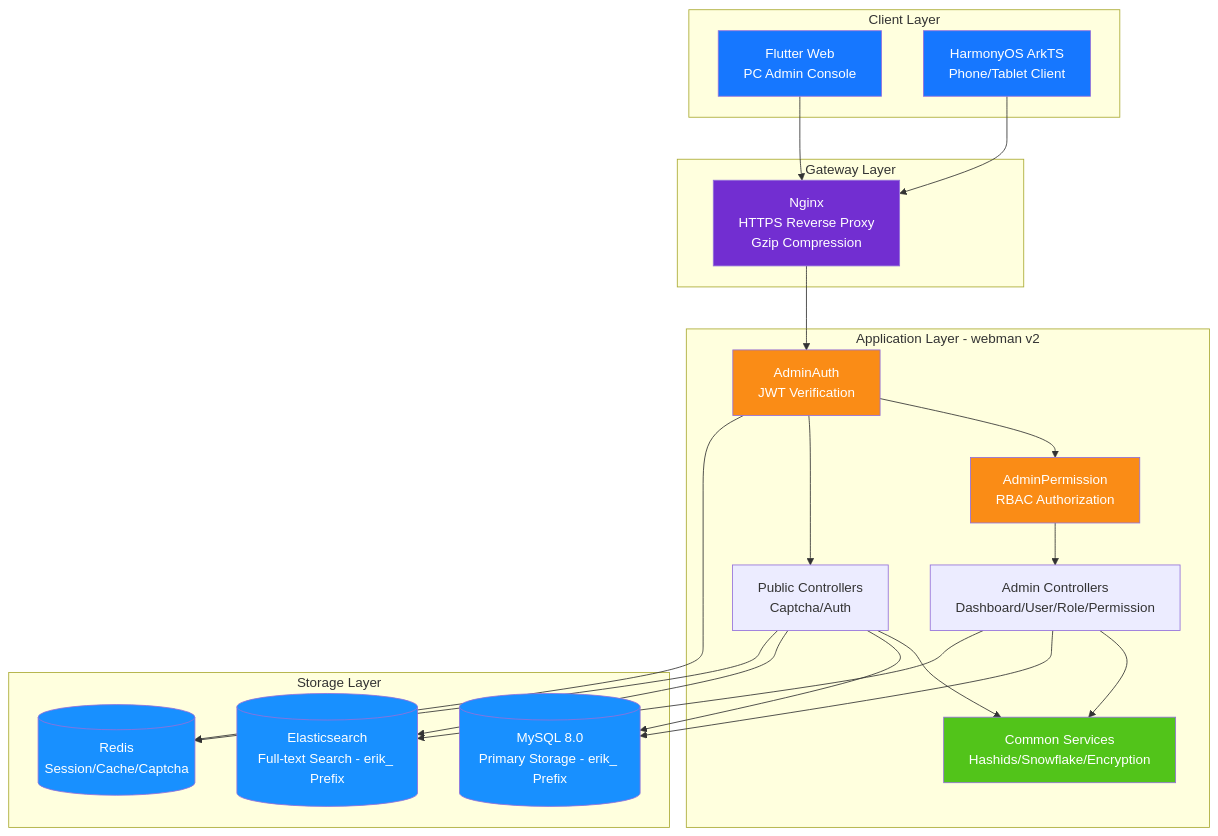
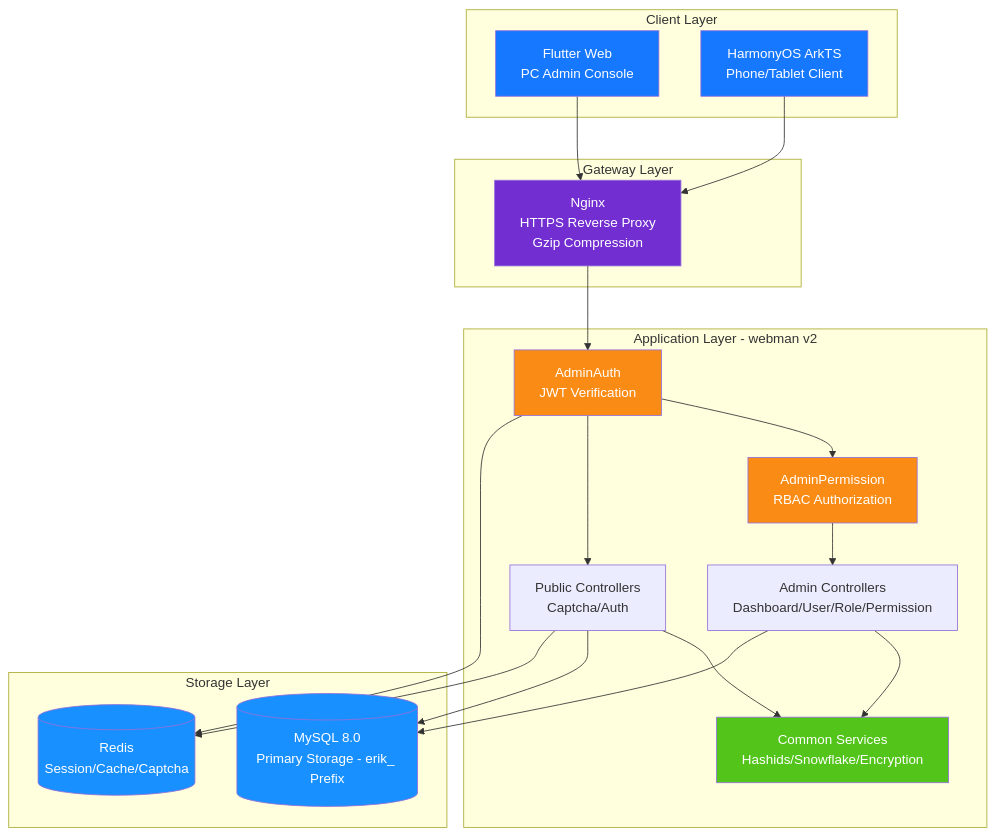
The diagram in docs/diagrams/01-system-architecture.en.md (erikwang2013/open-admin), drawn with Mermaid before and after one commit. The commit also changed other lines of this file and 465 other files, not shown here.

````diff
--- a/docs/diagrams/01-system-architecture.en.md
+++ b/docs/diagrams/01-system-architecture.en.md
@@ -7,50 +7,46 @@
 ```mermaid
 flowchart TB
     subgraph clients["Client Layer"]
         flutter["Flutter Web<br/>PC Admin Console"]
         harmony["HarmonyOS ArkTS<br/>Phone/Tablet Client"]
     end
 
     subgraph gateway["Gateway Layer"]
         nginx["Nginx<br/>HTTPS Reverse Proxy<br/>Gzip Compression"]
     end
 
     subgraph app["Application Layer - webman v2"]
         auth["AdminAuth<br/>JWT Verification"]
         perm["AdminPermission<br/>RBAC Authorization"]
         admin["Admin Controllers<br/>Dashboard/User/Role/Permission"]
         public["Public Controllers<br/>Captcha/Auth"]
         common["Common Services<br/>Hashids/Snowflake/Encryption"]
     end
 
     subgraph storage["Storage Layer"]
         mysql[("MySQL 8.0<br/>Primary Storage - erik_ Prefix")]
-        es[("Elasticsearch<br/>Full-text Search - erik_ Prefix")]
         redis[("Redis<br/>Session/Cache/Captcha")]
     end
 
     flutter --> nginx
     harmony --> nginx
     nginx --> auth
     auth --> perm
     perm --> admin
     auth --> public
     admin --> common
     public --> common
     admin --> mysql
     public --> mysql
-    admin --> es
-    public --> es
     auth --> redis
     public --> redis
 
     style flutter fill:#1677FF,color:#fff
     style harmony fill:#1677FF,color:#fff
     style nginx fill:#722ED1,color:#fff
     style auth fill:#FA8C16,color:#fff
     style perm fill:#FA8C16,color:#fff
     style common fill:#52C41A,color:#fff
     style mysql fill:#1890FF,color:#fff
-    style es fill:#1890FF,color:#fff
     style redis fill:#1890FF,color:#fff
 ```
````
